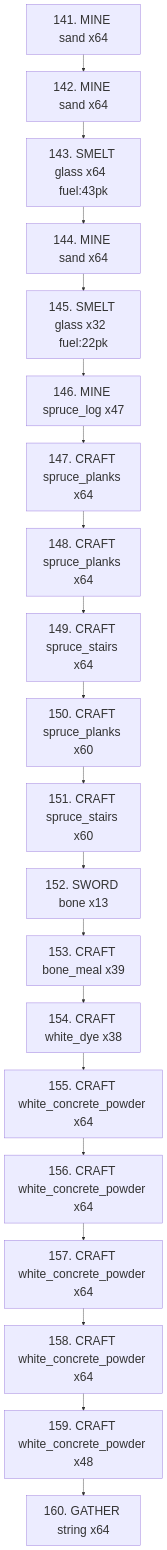
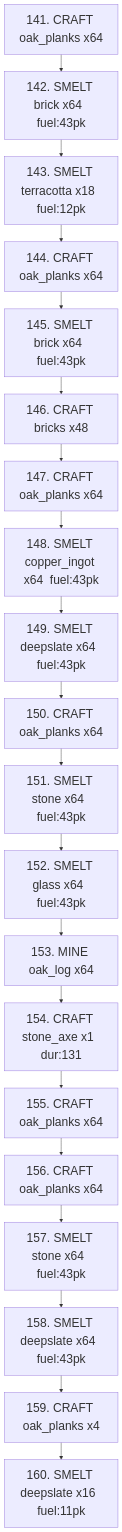
The diagram in debug_utitlities/queue_batch_08.mmd (sdace9719/minecraft-planner), drawn with Mermaid before and after one commit. The commit also changed 23 other files, not shown here.

```diff
--- a/debug_utitlities/queue_batch_08.mmd
+++ b/debug_utitlities/queue_batch_08.mmd
@@ -1,44 +1,44 @@
 %%{init: {'flowchart': {'nodeSpacing': 10, 'rankSpacing': 40, 'padding': 16}, 'themeVariables': {'fontSize': '28px'}} }%%
 flowchart TD
     %% Phase 5 Execution Queue — tasks 141–160
 
-    n1["141. MINE sand x64"]
-    n2["142. MINE sand x64"]
-    n3["143. SMELT glass x64  fuel:43pk"]
-    n4["144. MINE sand x64"]
-    n5["145. SMELT glass x32  fuel:22pk"]
-    n6["146. MINE spruce_log x47"]
-    n7["147. CRAFT spruce_planks x64"]
-    n8["148. CRAFT spruce_planks x64"]
-    n9["149. CRAFT spruce_stairs x64"]
-    n10["150. CRAFT spruce_planks x60"]
-    n11["151. CRAFT spruce_stairs x60"]
-    n12["152. SWORD bone x13"]
-    n13["153. CRAFT bone_meal x39"]
-    n14["154. CRAFT white_dye x38"]
-    n15["155. CRAFT white_concrete_powder x64"]
-    n16["156. CRAFT white_concrete_powder x64"]
-    n17["157. CRAFT white_concrete_powder x64"]
-    n18["158. CRAFT white_concrete_powder x64"]
-    n19["159. CRAFT white_concrete_powder x48"]
-    n20["160. GATHER string x64"]
+    n1["141. CRAFT oak_planks x64"]
+    n2["142. SMELT brick x64  fuel:43pk"]
+    n3["143. SMELT terracotta x18  fuel:12pk"]
+    n4["144. CRAFT oak_planks x64"]
+    n5["145. SMELT brick x64  fuel:43pk"]
+    n6["146. CRAFT bricks x48"]
+    n7["147. CRAFT oak_planks x64"]
+    n8["148. SMELT copper_ingot x64  fuel:43pk"]
+    n9["149. SMELT deepslate x64  fuel:43pk"]
+    n10["150. CRAFT oak_planks x64"]
+    n11["151. SMELT stone x64  fuel:43pk"]
+    n12["152. SMELT glass x64  fuel:43pk"]
+    n13["153. MINE oak_log x64"]
+    n14["154. CRAFT stone_axe x1  dur:131"]
+    n15["155. CRAFT oak_planks x64"]
+    n16["156. CRAFT oak_planks x64"]
+    n17["157. SMELT stone x64  fuel:43pk"]
+    n18["158. SMELT deepslate x64  fuel:43pk"]
+    n19["159. CRAFT oak_planks x4"]
+    n20["160. SMELT deepslate x16  fuel:11pk"]
 
     n1 --> n2
     n2 --> n3
     n3 --> n4
     n4 --> n5
     n5 --> n6
     n6 --> n7
     n7 --> n8
     n8 --> n9
     n9 --> n10
     n10 --> n11
     n11 --> n12
     n12 --> n13
     n13 --> n14
     n14 --> n15
     n15 --> n16
     n16 --> n17
     n17 --> n18
     n18 --> n19
     n19 --> n20
```
